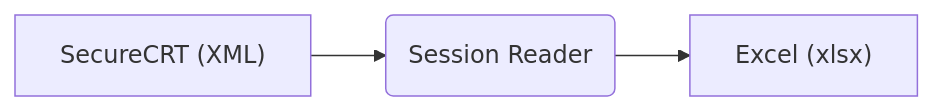
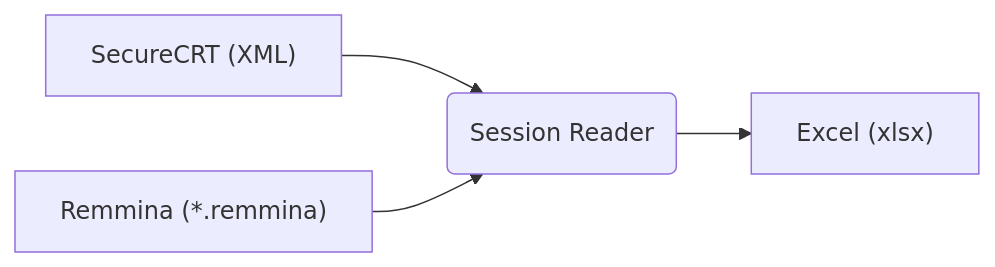
The second of 2 diagrams in README.md (mkyrc/SessionMaker), drawn with Mermaid before and after one commit. The commit also changed other lines of this file and 24 other files, not shown here.

````diff
--- a/README.md
+++ b/README.md
@@ -186,6 +192,7 @@
 ```mermaid
 graph LR;
     scrt["SecureCRT (XML)"]-->SR("Session Reader")
+    remmina["Remmina (*.remmina)"]-->SR("Session Reader")
     SR-->Excel["Excel (xlsx)"]
 
 ```
````
